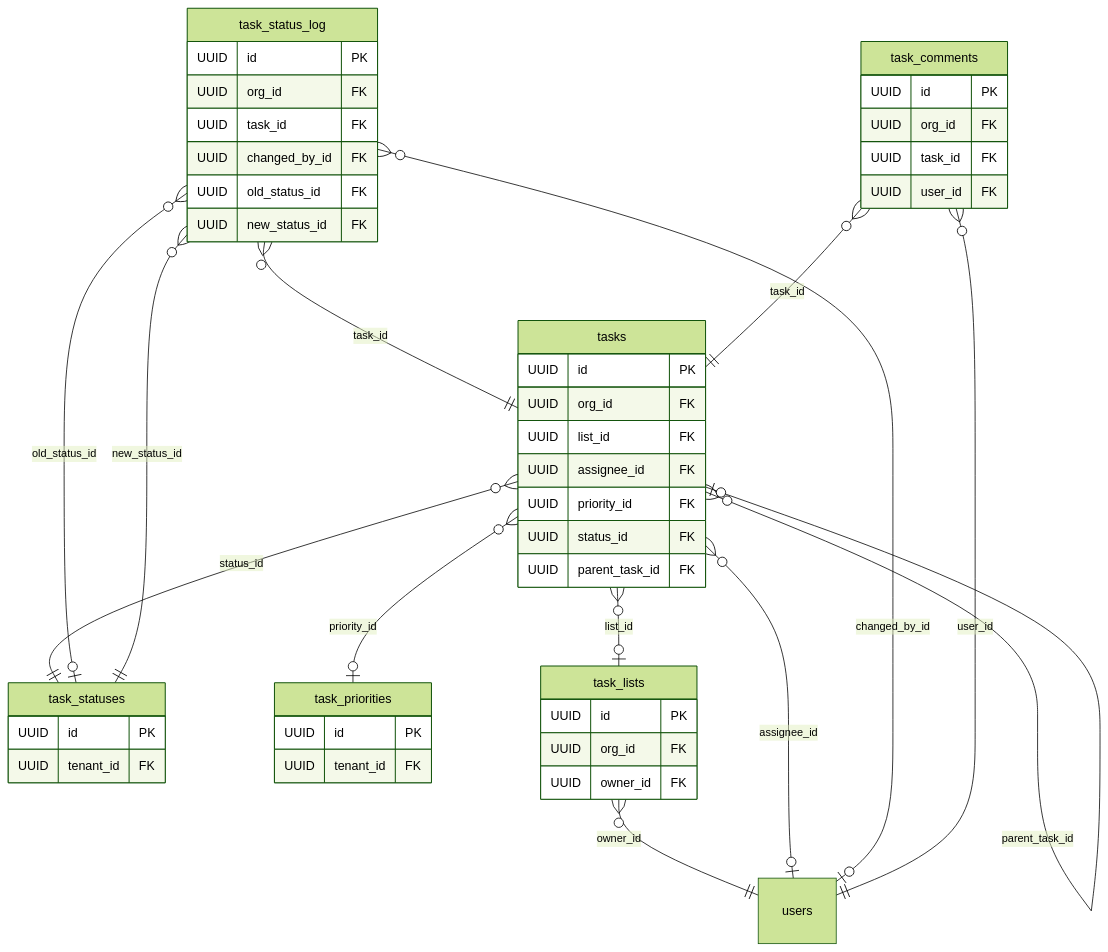
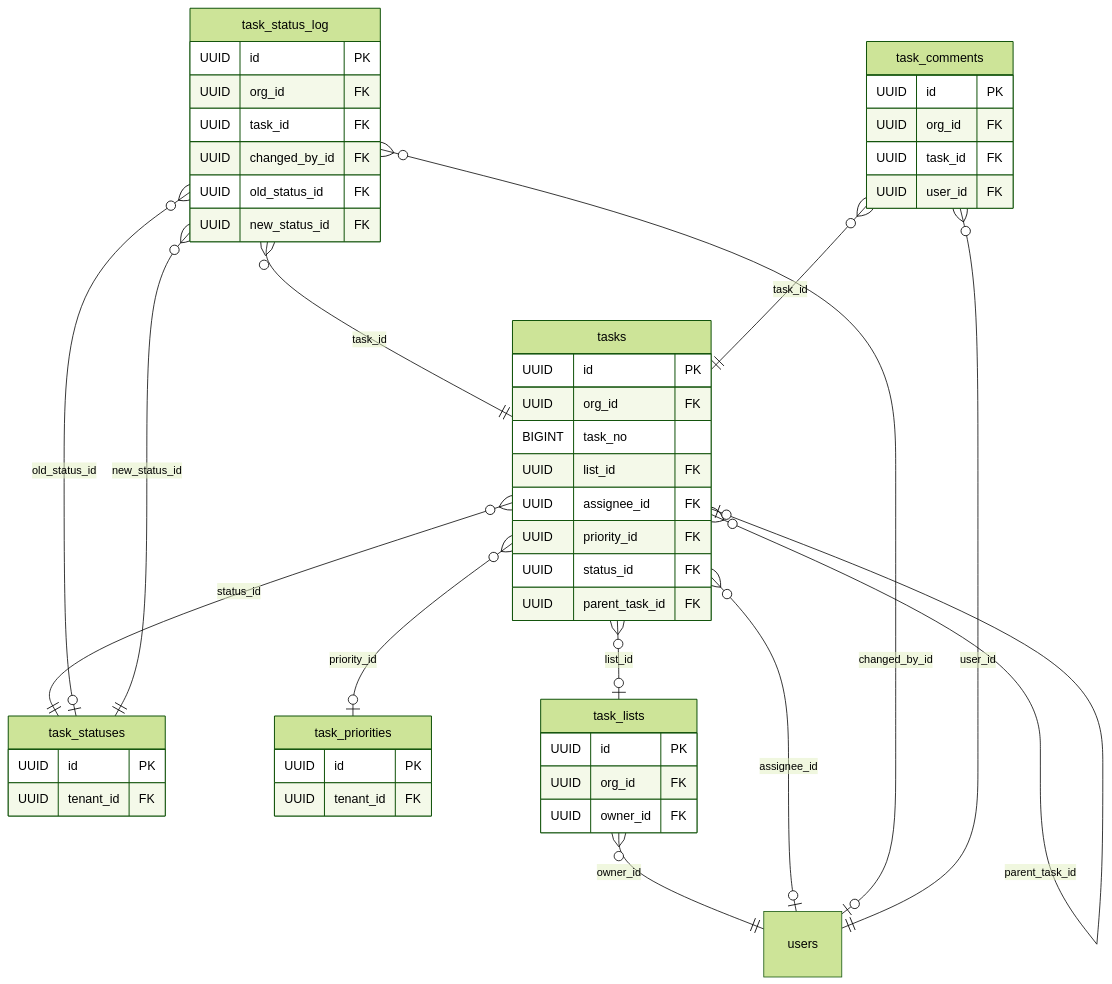
One commit to nitin-girdhar/msq-platforms changed diagram 23 of 28 in docs/DB_model.md. Above: the diagram before and after it, drawn with Mermaid (forest theme). The commit also changed other lines of this file and 23 other files, not shown here.

Commit message:
feat: schema 1.66.0 - employee org fields, document limit, roster planner tables + capability; planner nav icon

````diff
--- a/docs/DB_model.md
+++ b/docs/DB_model.md
@@ -1875,51 +1890,52 @@
 ```mermaid
 erDiagram
   task_statuses {
     UUID id PK
     UUID tenant_id FK
   }
   task_priorities {
     UUID id PK
     UUID tenant_id FK
   }
   task_lists {
     UUID id PK
     UUID org_id FK
     UUID owner_id FK
   }
   tasks {
     UUID id PK
     UUID org_id FK
+    BIGINT task_no
     UUID list_id FK
     UUID assignee_id FK
     UUID priority_id FK
     UUID status_id FK
     UUID parent_task_id FK
   }
   task_status_log {
     UUID id PK
     UUID org_id FK
     UUID task_id FK
     UUID changed_by_id FK
     UUID old_status_id FK
     UUID new_status_id FK
   }
   task_comments {
     UUID id PK
     UUID org_id FK
     UUID task_id FK
     UUID user_id FK
   }
   task_lists }o--|| users : "owner_id"
   tasks }o--o| task_lists : "list_id"
   tasks }o--o| users : "assignee_id"
   tasks }o--o| task_priorities : "priority_id"
   tasks }o--|| task_statuses : "status_id"
   tasks }o--o| tasks : "parent_task_id"
   task_status_log }o--|| tasks : "task_id"
   task_status_log }o--o| users : "changed_by_id"
   task_status_log }o--o| task_statuses : "old_status_id"
   task_status_log }o--|| task_statuses : "new_status_id"
   task_comments }o--|| tasks : "task_id"
   task_comments }o--|| users : "user_id"
 ```
````
